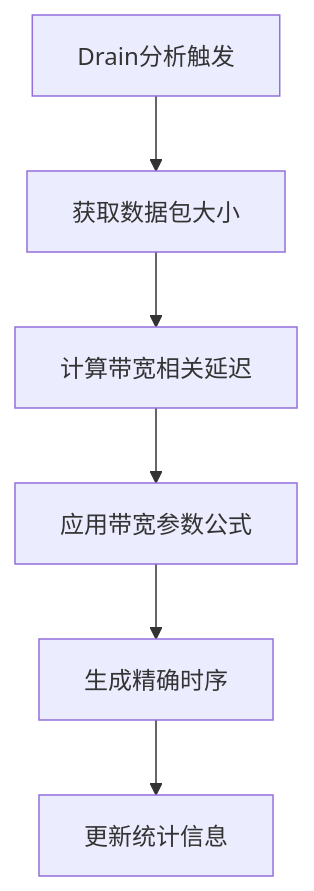
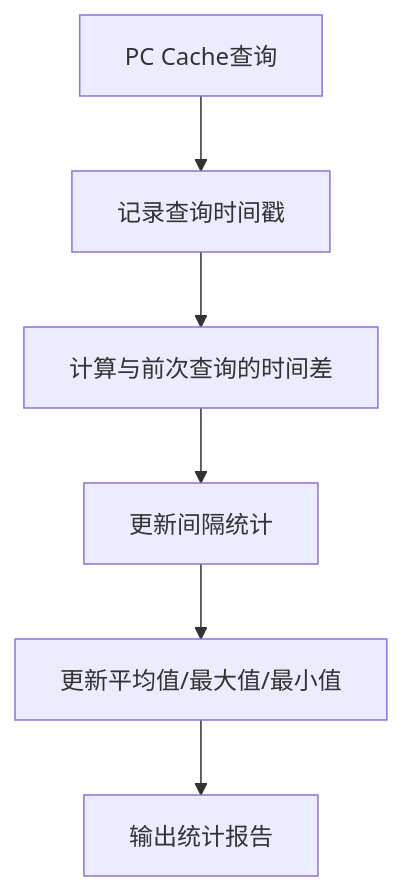
The sixth of 10 diagrams in .qoder/repowiki/zh/content/核心架构/顶层模块设计.md (jiangjiang1122/iommu_model_20260401_v1), drawn with Mermaid before and after one commit. The commit also changed other lines of this file and 55 other files, not shown here.

````diff
--- a/.qoder/repowiki/zh/content/核心架构/顶层模块设计.md
+++ b/.qoder/repowiki/zh/content/核心架构/顶层模块设计.md
@@ -443,8 +388,8 @@
 ```mermaid
 flowchart TD
-A[Drain分析触发] --> B[获取数据包大小]
-B --> C[计算带宽相关延迟]
-C --> D[应用带宽参数公式]
-D --> E[生成精确时序]
-E --> F[更新统计信息]
+A[PC Cache查询] --> B[记录查询时间戳]
+B --> C[计算与前次查询的时间差]
+C --> D[更新间隔统计]
+D --> E[更新平均值/最大值/最小值]
+E --> F[输出统计报告]
 ```
````
